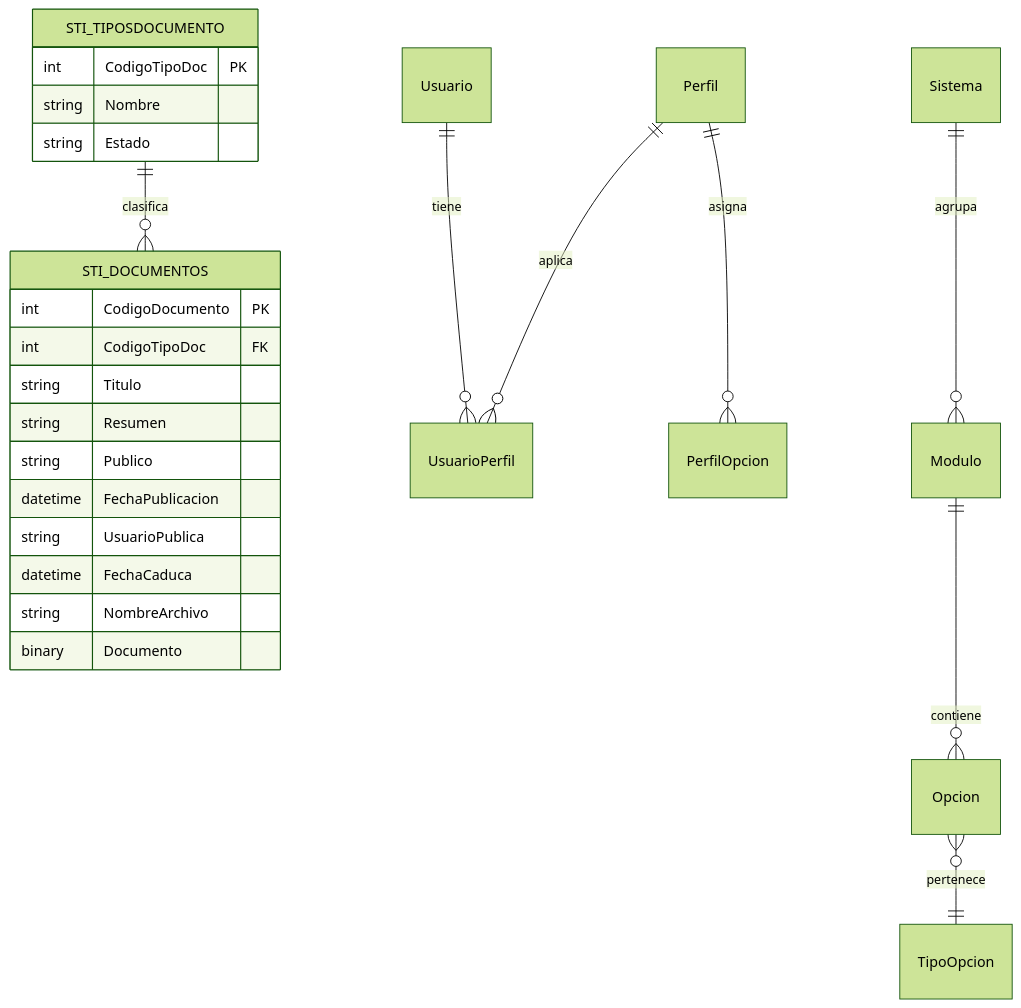
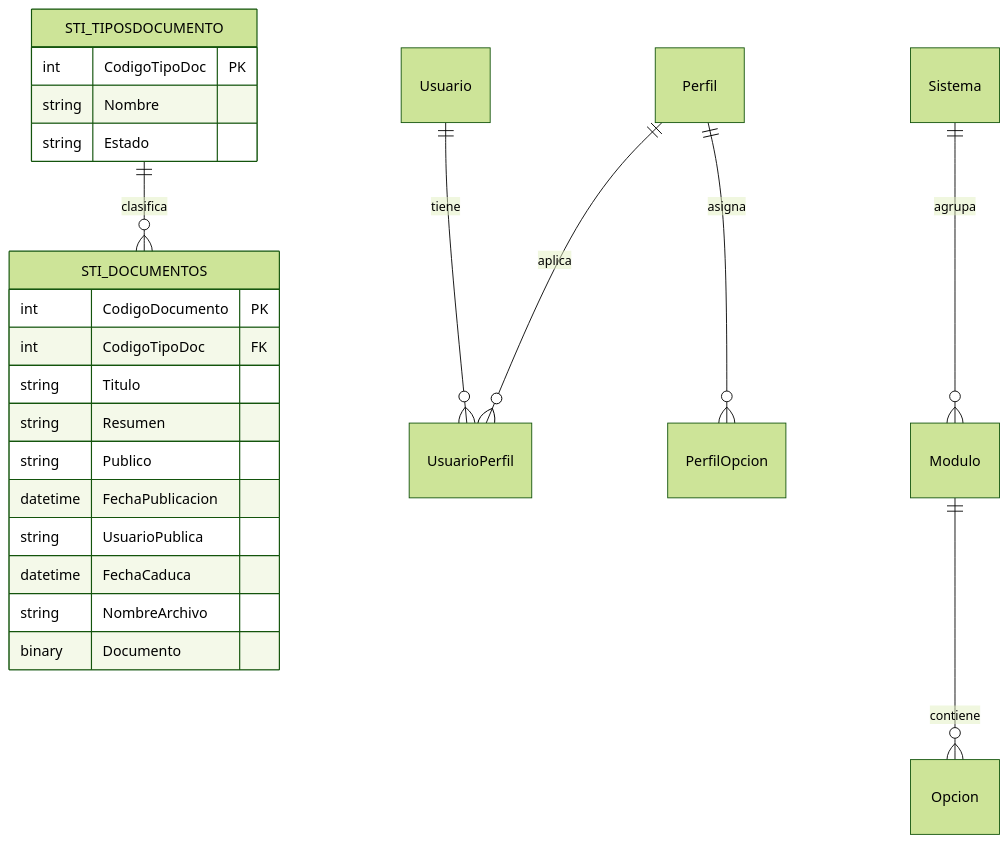
The diagram in docs/dataModel.md (EduardoOAp/AI4Devs-finalproject), drawn with Mermaid (forest theme) before and after one commit. The commit also changed other lines of this file and 3 other files, not shown here.

````diff
--- a/docs/dataModel.md
+++ b/docs/dataModel.md
@@ -194,29 +196,28 @@
 ```mermaid
 erDiagram
     STI_TIPOSDOCUMENTO ||--o{ STI_DOCUMENTOS : clasifica
     STI_DOCUMENTOS {
         int CodigoDocumento PK
         int CodigoTipoDoc FK
         string Titulo
         string Resumen
         string Publico
         datetime FechaPublicacion
         string UsuarioPublica
         datetime FechaCaduca
         string NombreArchivo
         binary Documento
     }
 
     STI_TIPOSDOCUMENTO {
         int CodigoTipoDoc PK
         string Nombre
         string Estado
     }
 
     Usuario ||--o{ UsuarioPerfil : tiene
     Perfil ||--o{ UsuarioPerfil : aplica
     Perfil ||--o{ PerfilOpcion : asigna
     Modulo ||--o{ Opcion : contiene
     Sistema ||--o{ Modulo : agrupa
-    Opcion }o--|| TipoOpcion : pertenece
 ```
````
